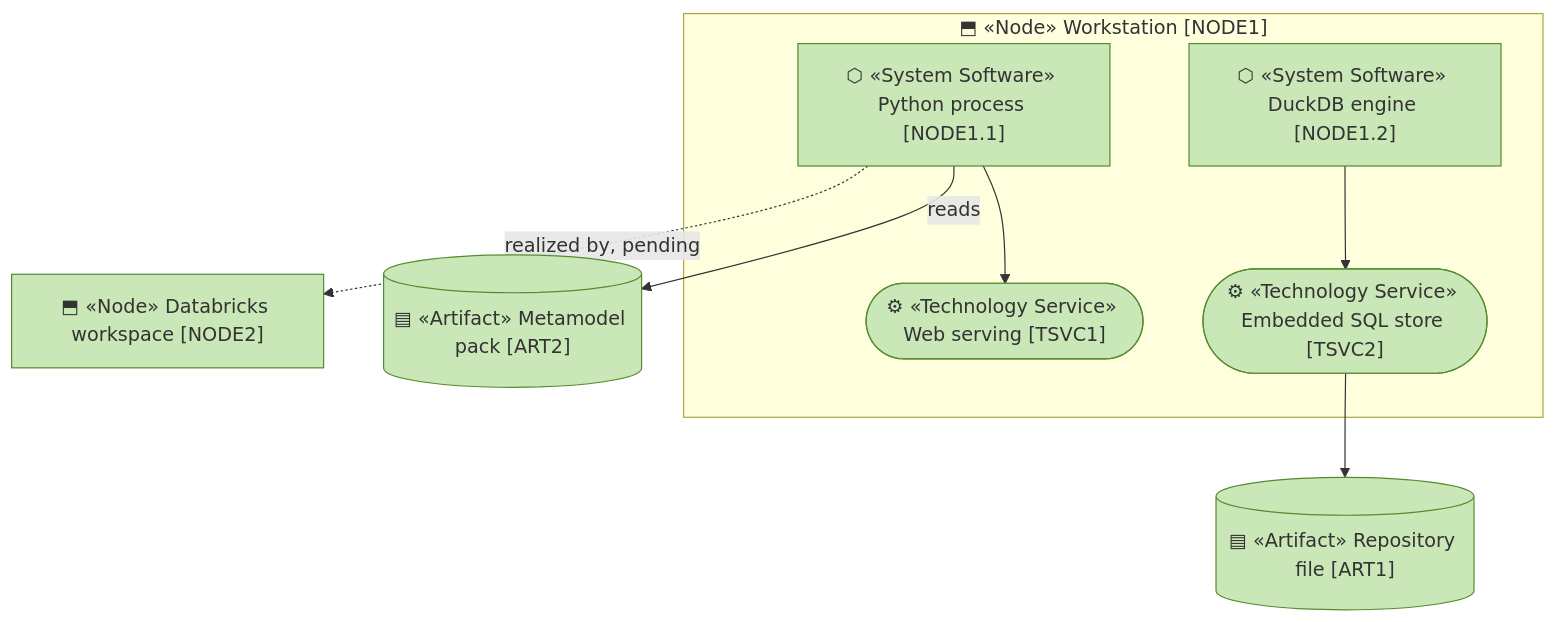
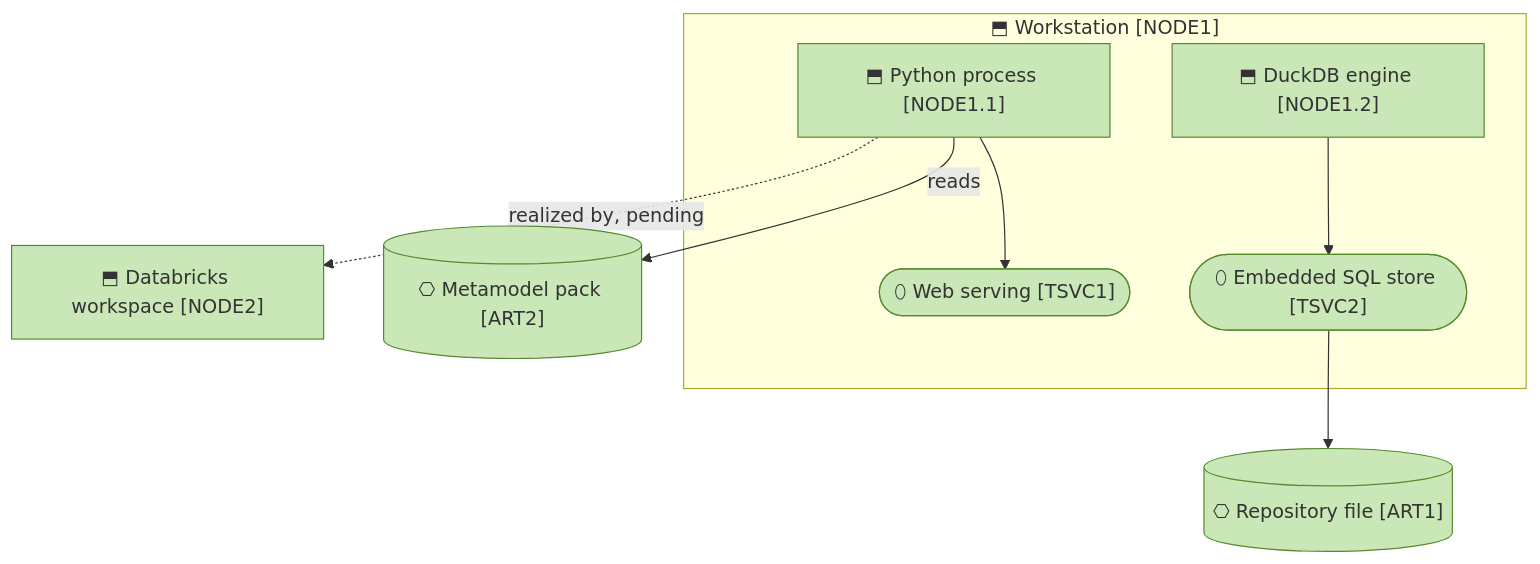
One commit to bocanegratqut/dbx-enterprise-architecture changed the second of 2 diagrams in architecture/5_technology/README.md. Above: the diagram before and after it, drawn with Mermaid. The commit also changed other lines of this file and 25 other files, not shown here.

````diff
--- a/architecture/5_technology/README.md
+++ b/architecture/5_technology/README.md
@@ -19,19 +31,19 @@
 ```mermaid
 flowchart TB
-  subgraph WS["⬒ «Node» Workstation [NODE1]"]
-    py["⬡ «System Software» Python process [NODE1.1]"]:::technology
-    duck["⬡ «System Software» DuckDB engine [NODE1.2]"]:::technology
-    web(["⚙ «Technology Service» Web serving [TSVC1]"]):::technology
-    sql(["⚙ «Technology Service» Embedded SQL store [TSVC2]"]):::technology
+  subgraph WS["⬒ Workstation [NODE1]"]
+    py["⬒ Python process [NODE1.1]"]:::technology
+    duck["⬒ DuckDB engine [NODE1.2]"]:::technology
+    web(["⬯ Web serving [TSVC1]"]):::technology
+    sql(["⬯ Embedded SQL store [TSVC2]"]):::technology
   end
-  file[("▤ «Artifact» Repository file [ART1]")]:::technology
-  pack[("▤ «Artifact» Metamodel pack [ART2]")]:::technology
-  dbx["⬒ «Node» Databricks workspace [NODE2]"]:::technology
+  file[("⎔ Repository file [ART1]")]:::technology
+  pack[("⎔ Metamodel pack [ART2]")]:::technology
+  dbx["⬒ Databricks workspace [NODE2]"]:::technology
   py --> web
   duck --> sql
   sql --> file
   py -->|reads| pack
   py -.->|realized by, pending| dbx
 
   classDef technology fill:#c9e7b7,stroke:#558b2f,color:#333
 ```
````
